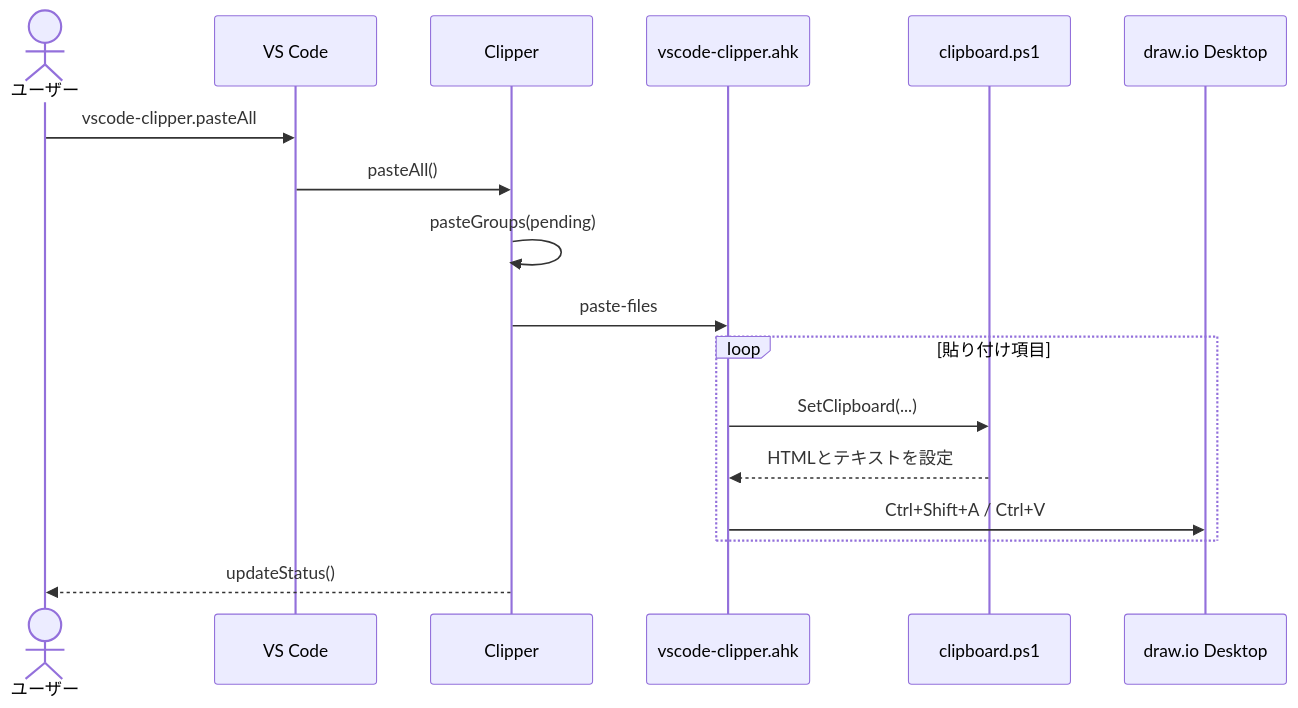
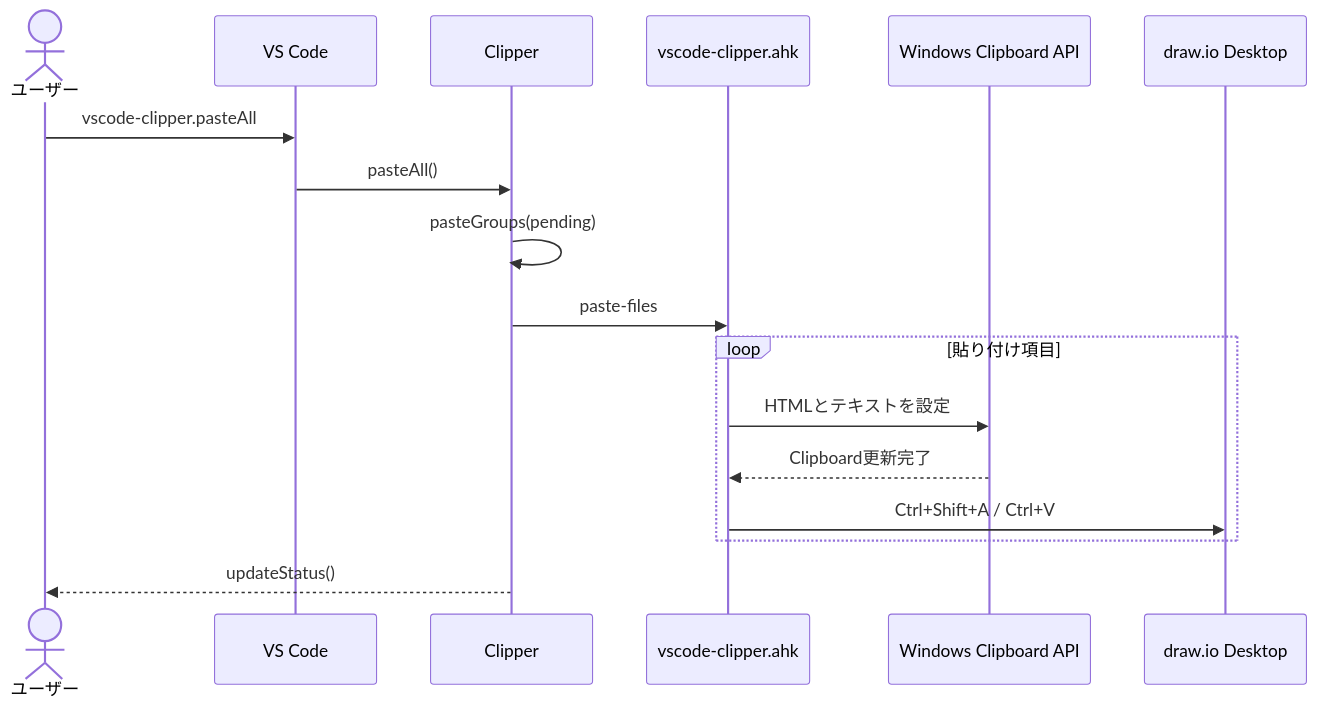
One commit to sunb256/vscode-clipper changed the second of 2 diagrams in docs/mental-models/vscode-clipper/02_draw.ioへの貼り付け.md. Above: the diagram before and after it, drawn with Mermaid. The commit also changed other lines of this file and 10 other files, not shown here.

````diff
--- a/docs/mental-models/vscode-clipper/02_draw.ioへの貼り付け.md
+++ b/docs/mental-models/vscode-clipper/02_draw.ioへの貼り付け.md
@@ -22,19 +22,19 @@
 ```mermaid
 sequenceDiagram
     actor User as ユーザー
     participant VSCode as VS Code
     participant Clipper as Clipper
     participant Helper as vscode-clipper.ahk
-    participant PowerShell as clipboard.ps1
+    participant WinAPI as Windows Clipboard API
     participant Drawio as draw.io Desktop
     User->>VSCode: vscode-clipper.pasteAll
     VSCode->>Clipper: pasteAll()
     Clipper->>Clipper: pasteGroups(pending)
     Clipper->>Helper: paste-files
     loop 貼り付け項目
-        Helper->>PowerShell: SetClipboard(...)
-        PowerShell-->>Helper: HTMLとテキストを設定
+        Helper->>WinAPI: HTMLとテキストを設定
+        WinAPI-->>Helper: Clipboard更新完了
         Helper->>Drawio: Ctrl+Shift+A / Ctrl+V
     end
     Clipper-->>User: updateStatus()
 ```
````
